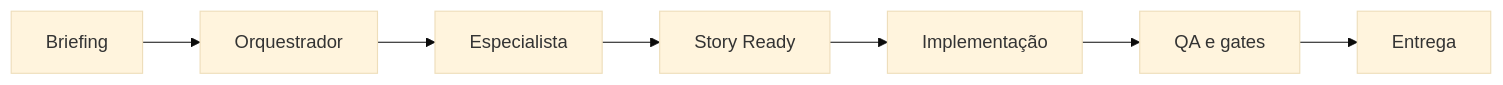
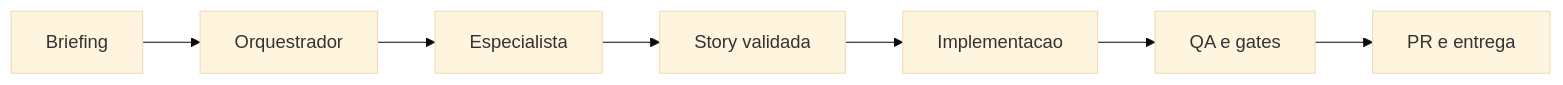
One commit to caioimori/sinapse-ai changed the diagram in README.md. Above: the diagram before and after it, drawn with Mermaid (base theme). The commit also changed other lines of this file and 105 other files, not shown here.

````diff
--- a/README.md
+++ b/README.md
@@ -70,9 +65,9 @@
 ```mermaid
 flowchart LR
   A[Briefing] --> B[Orquestrador]
   B --> C[Especialista]
-  C --> D[Story Ready]
-  D --> E[Implementação]
+  C --> D[Story validada]
+  D --> E[Implementacao]
   E --> F[QA e gates]
-  F --> G[Entrega]
+  F --> G[PR e entrega]
 ```
````
